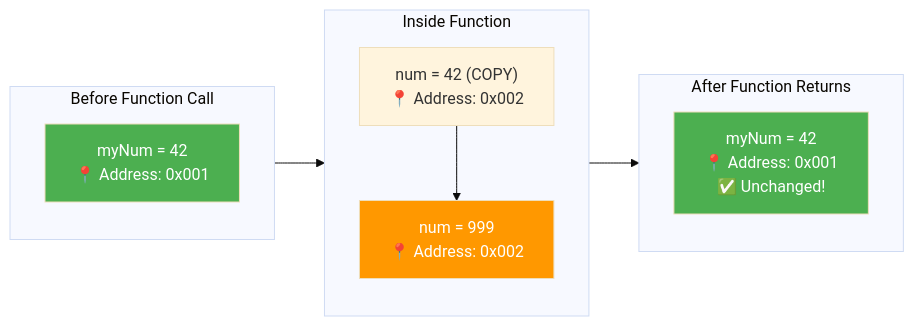
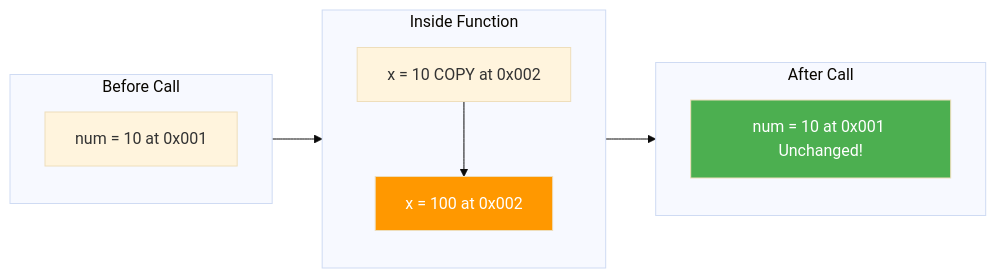
One commit to Kshitijgul/Notes changed diagram 14 of 30 in Javascript/Chapter5_Functions.md. Above: the diagram before and after it, drawn with Mermaid (base theme). The commit also changed other lines of this file and 1 other file, not shown here.

````diff
--- a/Javascript/Chapter5_Functions.md
+++ b/Javascript/Chapter5_Functions.md
@@ -2712,20 +1248,16 @@
 ```mermaid
 flowchart LR
-    subgraph Before["Before Function Call"]
-        A["myNum = 42<br>📍 Address: 0x001"]
+    subgraph Before["Before Call"]
+        A["num = 10 at 0x001"]
     end
-    
     subgraph During["Inside Function"]
-        B["num = 42 (COPY)<br>📍 Address: 0x002"] --> C["num = 999<br>📍 Address: 0x002"]
+        B["x = 10 COPY at 0x002"] --> C["x = 100 at 0x002"]
     end
-    
-    subgraph After["After Function Returns"]
-        D["myNum = 42<br>📍 Address: 0x001<br>✅ Unchanged!"]
+    subgraph After["After Call"]
+        D["num = 10 at 0x001 Unchanged!"]
     end
-    
     Before --> During --> After
-    
-    style A fill:#4CAF50,color:white
+
     style C fill:#FF9800,color:white
     style D fill:#4CAF50,color:white
 ```
````
